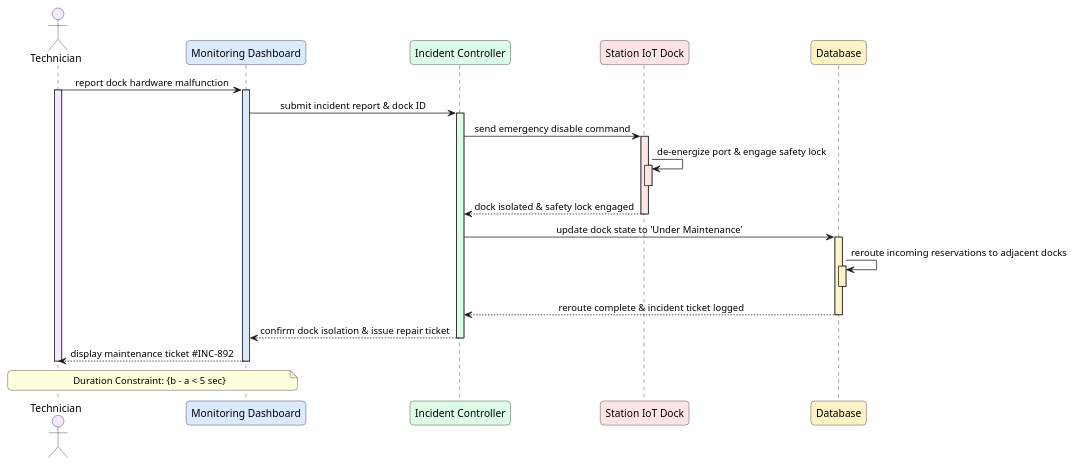
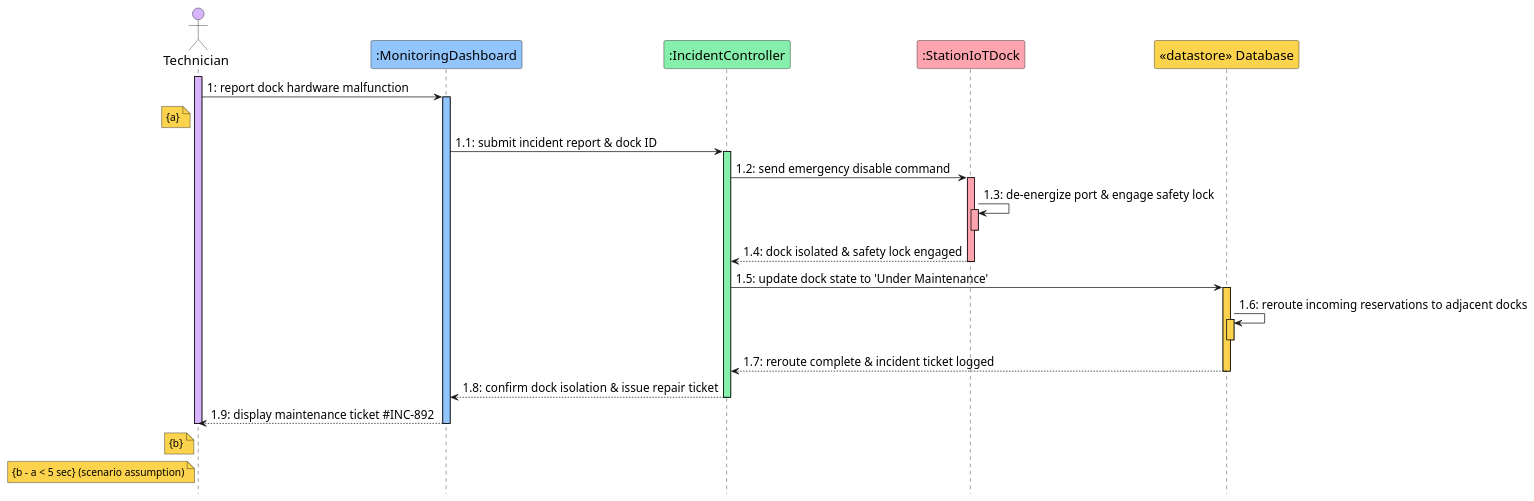
Diagram 11 of 14 in 01_Diagram/02_Sequence_Diagram/PLANTUML_SEQUENCE.md (YdtTran/software-engineerning), drawn with PlantUML before and after one commit. The commit also changed other lines of this file and 217 other files, not shown here.

````diff
--- a/01_Diagram/02_Sequence_Diagram/PLANTUML_SEQUENCE.md
+++ b/01_Diagram/02_Sequence_Diagram/PLANTUML_SEQUENCE.md
@@ -524,51 +571,58 @@
 ```plantuml
 @startuml
-skinparam sequenceMessageAlign center
-skinparam responseMessageBelowArrow false
-skinparam roundcorner 10
-skinparam ParticipantPadding 25
-skinparam BoxPadding 15
-
-actor "Technician" as Tech #f3e8ff
-participant "Monitoring Dashboard" as Dash #dbeafe
-participant "Incident Controller" as Ctrl #dcfce7
-participant "Station IoT Dock" as Dock #ffe4e6
-participant "Database" as DB #fef3c7
-
-Tech -> Dash: report dock hardware malfunction
-activate Tech #f3e8ff
-activate Dash #dbeafe
-
-Dash -> Ctrl: submit incident report & dock ID
-activate Ctrl #dcfce7
-
-Ctrl -> Dock: send emergency disable command
-activate Dock #ffe4e6
-
-Dock -> Dock: de-energize port & engage safety lock
-activate Dock #ffe4e6
-deactivate Dock
-
-Dock --> Ctrl: dock isolated & safety lock engaged
-deactivate Dock
-
-Ctrl -> DB: update dock state to 'Under Maintenance'
-activate DB #fef3c7
-
-DB -> DB: reroute incoming reservations to adjacent docks
-activate DB #fef3c7
-deactivate DB
-
-DB --> Ctrl: reroute complete & incident ticket logged
-deactivate DB
-
-Ctrl --> Dash: confirm dock isolation & issue repair ticket
-deactivate Ctrl
-
-Dash --> Tech: display maintenance ticket #INC-892
-deactivate Dash
-deactivate Tech
-
-note over Tech, Dash: Duration Constraint: {b - a < 5 sec}
+hide footbox
+skinparam backgroundColor #ffffff
+skinparam defaultFontName Segoe UI
+skinparam defaultFontColor #000000
+skinparam defaultFontSize 16
+skinparam sequence {
+  ParticipantBorderColor #000000
+  ParticipantFontColor #000000
+  ParticipantFontSize 18
+  ActorBorderColor #000000
+  ActorFontColor #000000
+  ActorFontSize 18
+  LifeLineBorderColor #000000
+}
+skinparam ArrowFontColor #000000
+skinparam ArrowFontSize 16
+skinparam noteFontColor #000000
+skinparam noteFontSize 14
+skinparam noteBorderColor #000000
+skinparam noteBackgroundColor #fcd34d
+skinparam titleFontColor #000000
+skinparam titleFontSize 22
+actor "Technician" as P0 #d8b4fe
+participant ":MonitoringDashboard" as P1 #93c5fd
+participant ":IncidentController" as P2 #86efac
+participant ":StationIoTDock" as P3 #fda4af
+participant "<<datastore>> Database" as P4 #fcd34d
+activate P0 #d8b4fe
+P0->P1: 1: report dock hardware malfunction
+activate P1 #93c5fd
+note left of P0: {a}
+P1->P2: 1.1: submit incident report & dock ID
+activate P2 #86efac
+P2->P3: 1.2: send emergency disable command
+activate P3 #fda4af
+P3->P3: 1.3: de-energize port & engage safety lock
+activate P3 #fda4af
+deactivate P3
+P3-->P2: 1.4: dock isolated & safety lock engaged
+deactivate P3
+P2->P4: 1.5: update dock state to 'Under Maintenance'
+activate P4 #fcd34d
+P4->P4: 1.6: reroute incoming reservations to adjacent docks
+activate P4 #fcd34d
+deactivate P4
+P4-->P2: 1.7: reroute complete & incident ticket logged
+deactivate P4
+P2-->P1: 1.8: confirm dock isolation & issue repair ticket
+deactivate P2
+P1-->P0: 1.9: display maintenance ticket #INC-892
+note left of P0: {b}
+deactivate P0
+deactivate P1
+note left of P0: {b - a < 5 sec} (scenario assumption)
 @enduml
 ```
````
